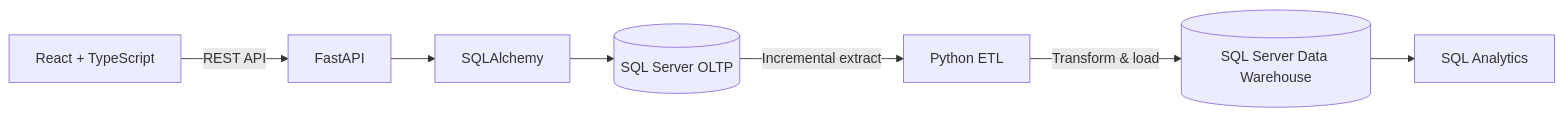
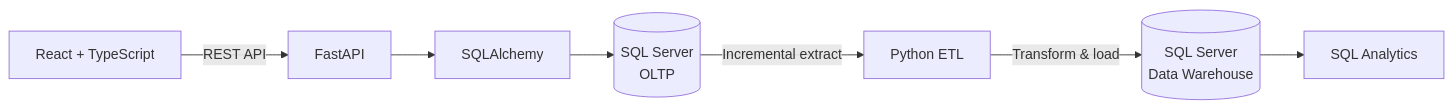
One commit to Nghiepcoder17v/cho-troi-uit changed the first of 2 diagrams in README.md. Above: the diagram before and after it, drawn with Mermaid. The commit also changed other lines of this file, not shown here.

````diff
--- a/README.md
+++ b/README.md
@@ -89,9 +47,9 @@
 ```mermaid
 flowchart LR
-    FE["React + TypeScript"] -->|"REST API"| API["FastAPI"]
+    FE["React + TypeScript"] -->|REST API| API["FastAPI"]
     API --> ORM["SQLAlchemy"]
-    ORM --> OLTP[("SQL Server OLTP")]
+    ORM --> OLTP[("SQL Server<br/>OLTP")]
     OLTP -->|"Incremental extract"| ETL["Python ETL"]
-    ETL -->|"Transform & load"| DWH[("SQL Server Data Warehouse")]
+    ETL -->|"Transform & load"| DWH[("SQL Server<br/>Data Warehouse")]
     DWH --> REPORTS["SQL Analytics"]
 ```
````
